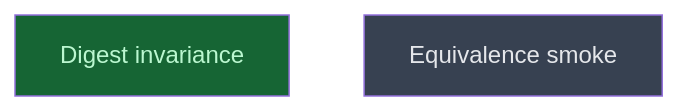
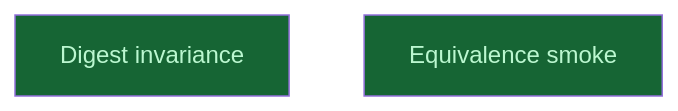
The diagram in __roadmap__/m2c-wire-alignment/consumers/closeout/revalidation/README.md (CrackingShells/Candler), drawn with Mermaid before and after one commit. The commit also changed other lines of this file and 4 other files, not shown here.

First line of the commit message:
rdm(experiment): mark the m2c smoke and the campaign leaves done

````diff
--- a/__roadmap__/m2c-wire-alignment/consumers/closeout/revalidation/README.md
+++ b/__roadmap__/m2c-wire-alignment/consumers/closeout/revalidation/README.md
@@ -19,10 +19,10 @@
 ```mermaid
 graph TD
     digest_invariance[Digest invariance]:::done
-    equivalence_smoke[Equivalence smoke]:::planned
+    equivalence_smoke[Equivalence smoke]:::done
     classDef done       fill:#166534,color:#bbf7d0
     classDef inprogress fill:#854d0e,color:#fef08a
     classDef planned    fill:#374151,color:#e5e7eb
     classDef amendment  fill:#1e3a5f,color:#bfdbfe
     classDef blocked    fill:#7f1d1d,color:#fecaca
 ```
````
